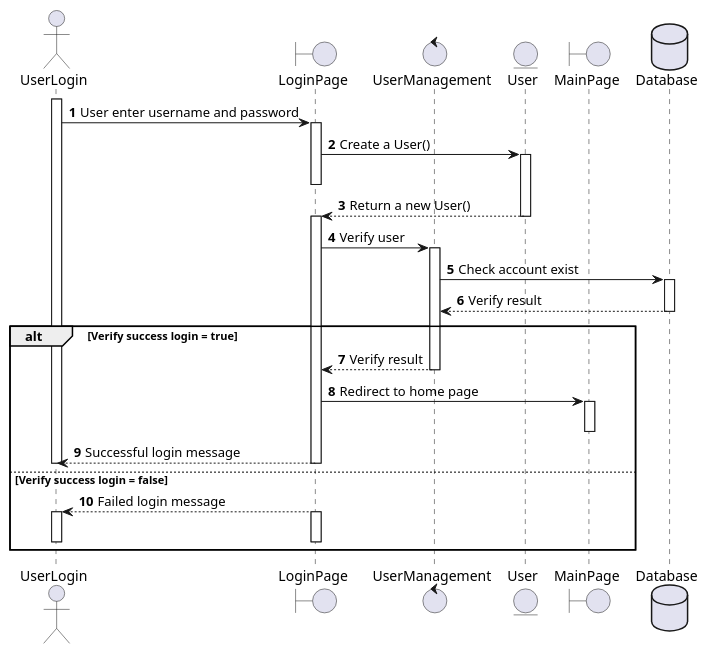
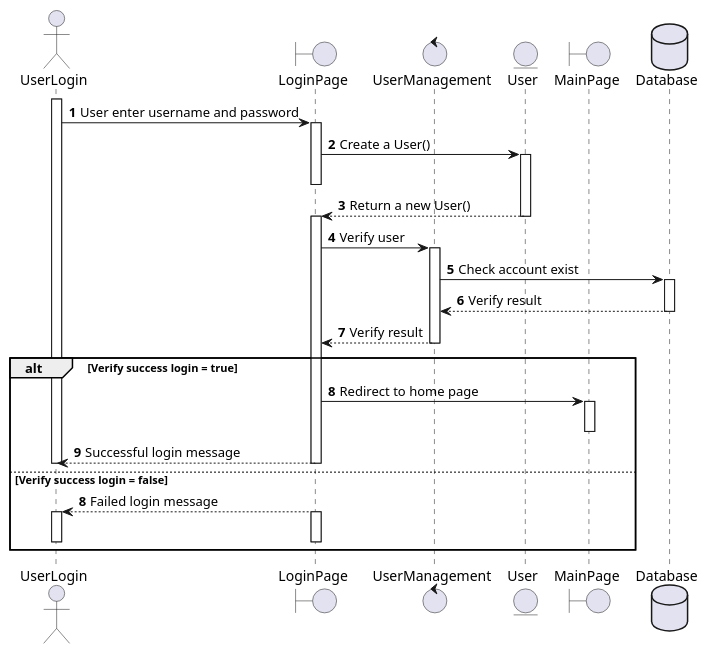
The diagram in login.puml (duymai1612/final-oosd-project), drawn with PlantUML before and after one commit. The commit also changed 6 other files, not shown here.

Commit message:
add manage roles flow

```diff
--- a/login.puml
+++ b/login.puml
@@ -1,44 +1,45 @@
 @startuml Login flow
 
 actor UserLogin
 boundary LoginPage
 control UserManagement
 entity User
 boundary MainPage
 database Database
 
 autonumber
 activate UserLogin
 UserLogin -> LoginPage: User enter username and password
 activate LoginPage
 LoginPage -> User: Create a User()
 activate User
 deactivate LoginPage
 User --> LoginPage: Return a new User()
 deactivate User
 activate LoginPage
 LoginPage -> UserManagement: Verify user
 activate UserManagement
 UserManagement -> Database: Check account exist
 activate Database
 Database --> UserManagement: Verify result
 deactivate Database
+UserManagement --> LoginPage: Verify result
+deactivate UserManagement
 
 alt Verify success login = true
-  UserManagement --> LoginPage: Verify result
-  deactivate UserManagement
   LoginPage -> MainPage: Redirect to home page
   activate MainPage
   deactivate MainPage
   LoginPage --> UserLogin: Successful login message
   deactivate LoginPage
   deactivate UserLogin
 else Verify success login = false
+  autonumber 8
   LoginPage --> UserLogin: Failed login message
   activate LoginPage
   deactivate LoginPage
   activate UserLogin
   deactivate UserLogin
 end
 
 @enduml
```
